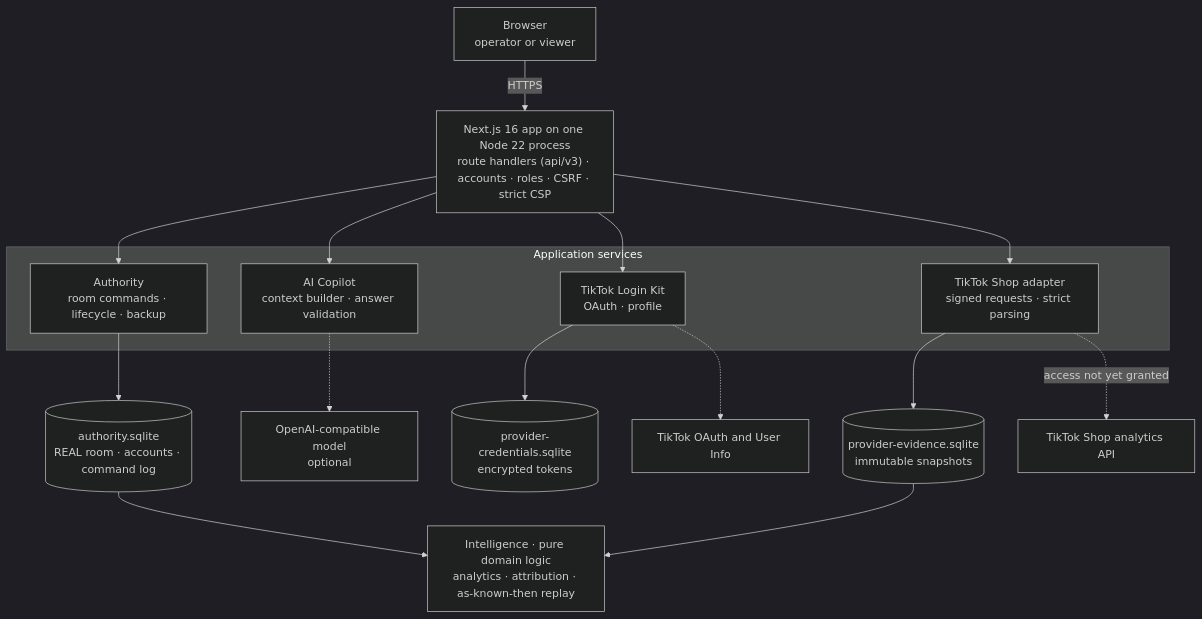
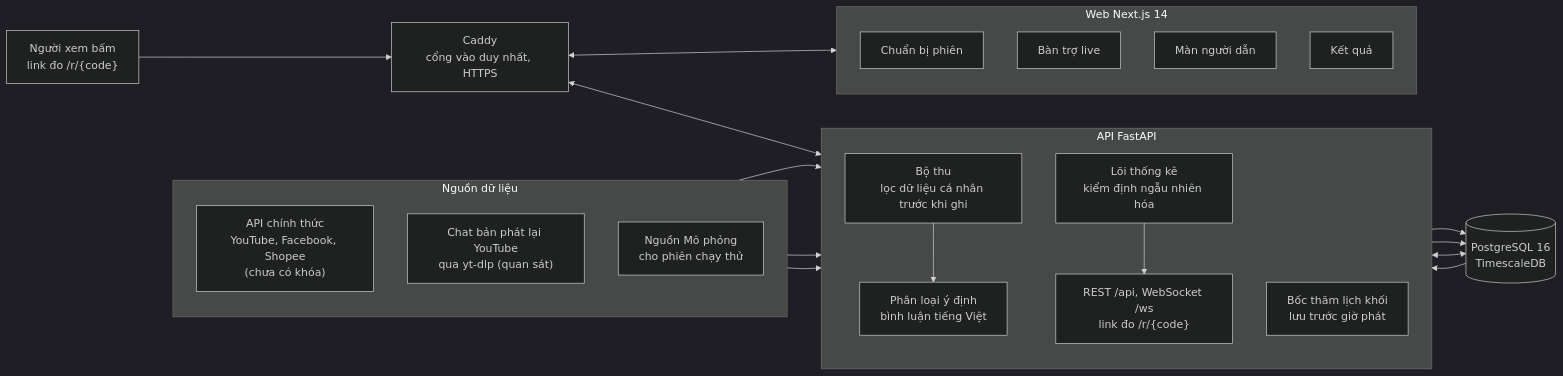
Before and after one commit to bminhnemhoi/AISC2026_LIVEFIT: the diagram in README.md, drawn with Mermaid (dark theme). The commit also changed other lines of this file and 439 other files, not shown here.

````diff
--- a/README.md
+++ b/README.md
@@ -148,29 +116,37 @@
 ```mermaid
-flowchart TB
-  B["Browser<br/>operator or viewer"]
-  N["Next.js 16 app on one Node 22 process<br/>route handlers (api/v3) · accounts · roles · CSRF · strict CSP"]
-  subgraph SVC["Application services"]
-    A["Authority<br/>room commands · lifecycle · backup"]
-    AI["AI Copilot<br/>context builder · answer validation"]
-    TL["TikTok Login Kit<br/>OAuth · profile"]
-    TS["TikTok Shop adapter<br/>signed requests · strict parsing"]
+flowchart LR
+  subgraph Nguon["Nguồn dữ liệu"]
+    direction TB
+    S1["API chính thức<br/>YouTube, Facebook, Shopee<br/>(chưa có khóa)"]
+    S2["Chat bản phát lại YouTube<br/>qua yt-dlp (quan sát)"]
+    S3["Nguồn Mô phỏng<br/>cho phiên chạy thử"]
   end
-  DB[("authority.sqlite<br/>REAL room · accounts · command log")]
-  LLM["OpenAI-compatible model<br/>optional"]
-  CR[("provider-credentials.sqlite<br/>encrypted tokens")]
-  EV[("provider-evidence.sqlite<br/>immutable snapshots")]
-  TK["TikTok OAuth and User Info"]
-  TSA["TikTok Shop analytics API"]
-  INT["Intelligence · pure domain logic<br/>analytics · attribution · as-known-then replay"]
-
-  B -->|HTTPS| N
-  N --> A & AI & TL & TS
+  V["Người xem bấm<br/>link đo /r/{code}"]
+  C["Caddy<br/>cổng vào duy nhất, HTTPS"]
+  subgraph Api["API FastAPI"]
+    direction TB
+    I["Bộ thu<br/>lọc dữ liệu cá nhân trước khi ghi"]
+    A["Bốc thăm lịch khối<br/>lưu trước giờ phát"]
+    T["Lõi thống kê<br/>kiểm định ngẫu nhiên hóa"]
+    N["Phân loại ý định<br/>bình luận tiếng Việt"]
+    R["REST /api, WebSocket /ws<br/>link đo /r/{code}"]
+  end
+  DB[("PostgreSQL 16<br/>TimescaleDB")]
+  subgraph Web["Web Next.js 14"]
+    direction TB
+    W1["Chuẩn bị phiên"]
+    W2["Bàn trợ live"]
+    W3["Màn người dẫn"]
+    W4["Kết quả"]
+  end
+  S1 & S2 & S3 --> I
+  I --> N
+  N --> DB
   A --> DB
-  AI -.-> LLM
-  TL --> CR
-  TL -.-> TK
-  TS --> EV
-  TS -.->|access not yet granted| TSA
-  DB --> INT
-  EV --> INT
+  DB --> T
+  T --> R
+  R <--> DB
+  V --> C
+  C <--> R
+  C <--> Web
 ```
````
